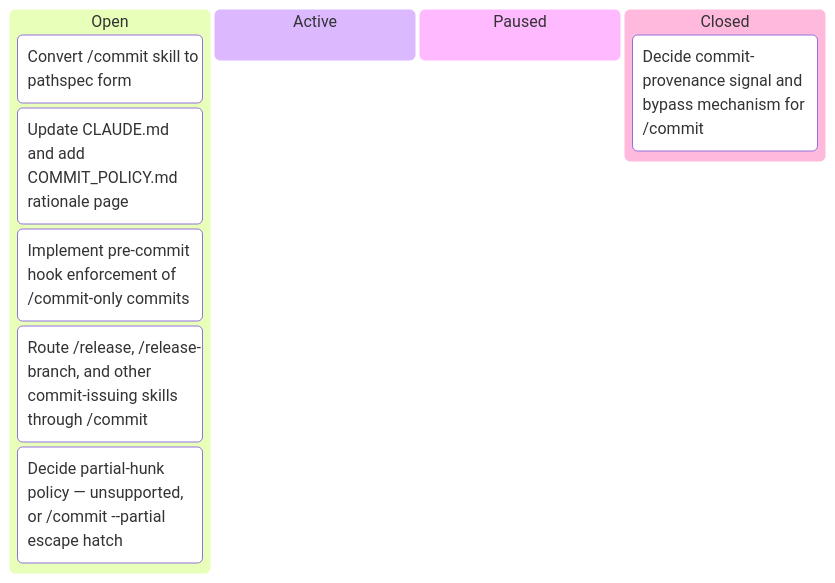
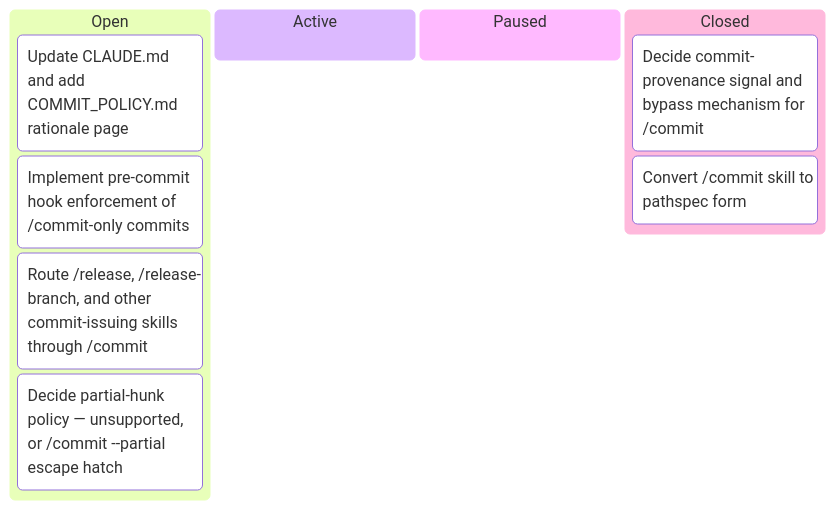
One commit to tgd1975/AwesomeStudioPedal changed the first of 6 diagrams in docs/developers/tasks/KANBAN.md. Above: the diagram before and after it, drawn with Mermaid. The commit also changed other lines of this file and 4 other files, not shown here.

First line of the commit message:
close TASK-323: Convert /commit skill to pathspec form

````diff
--- a/docs/developers/tasks/KANBAN.md
+++ b/docs/developers/tasks/KANBAN.md
@@ -11,13 +11,13 @@
 ```mermaid
 kanban
   Open
-    TASK_323["Convert /commit skill to pathspec form"]
     TASK_324["Update CLAUDE.md and add COMMIT_POLICY.md rationale page"]
     TASK_325["Implement pre-commit hook enforcement of /commit-only commits"]
     TASK_326["Route /release, /release-branch, and other commit-issuing skills through /commit"]
     TASK_327["Decide partial-hunk policy — unsupported, or /commit --partial escape hatch"]
   Active
   Paused
   Closed
     TASK_322["Decide commit-provenance signal and bypass mechanism for /commit"]
+    TASK_323["Convert /commit skill to pathspec form"]
 ```
````
